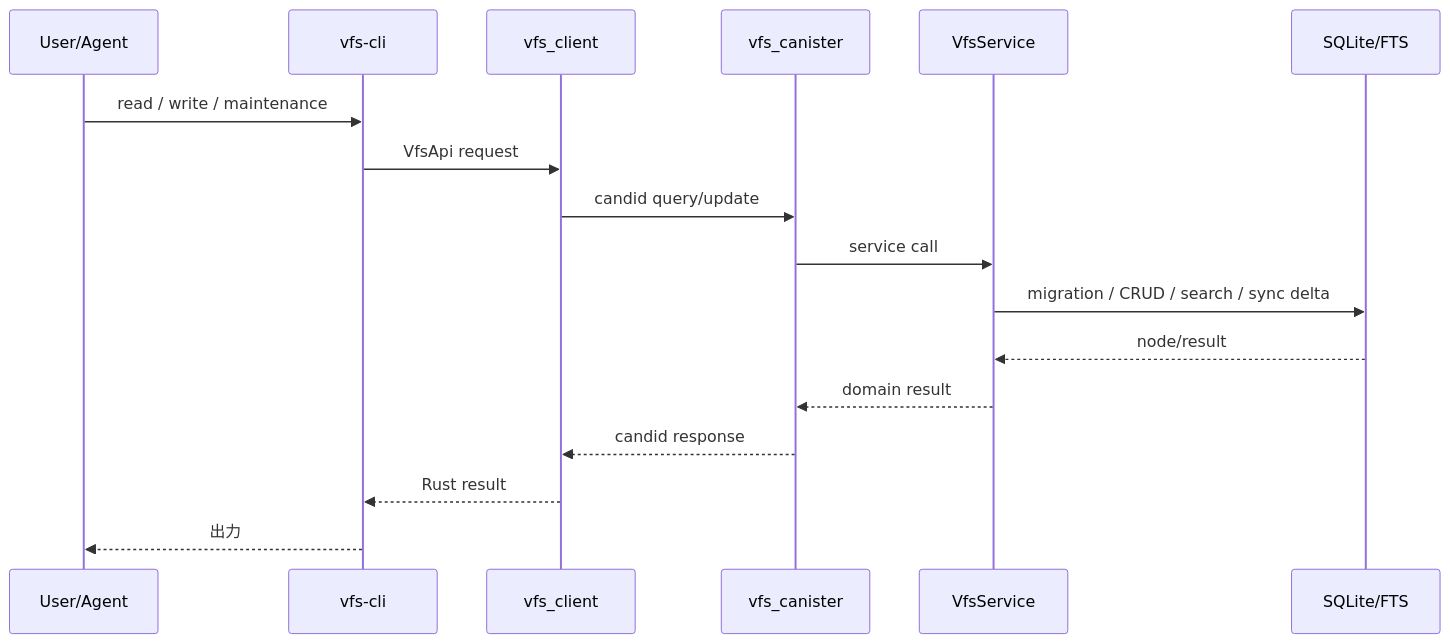
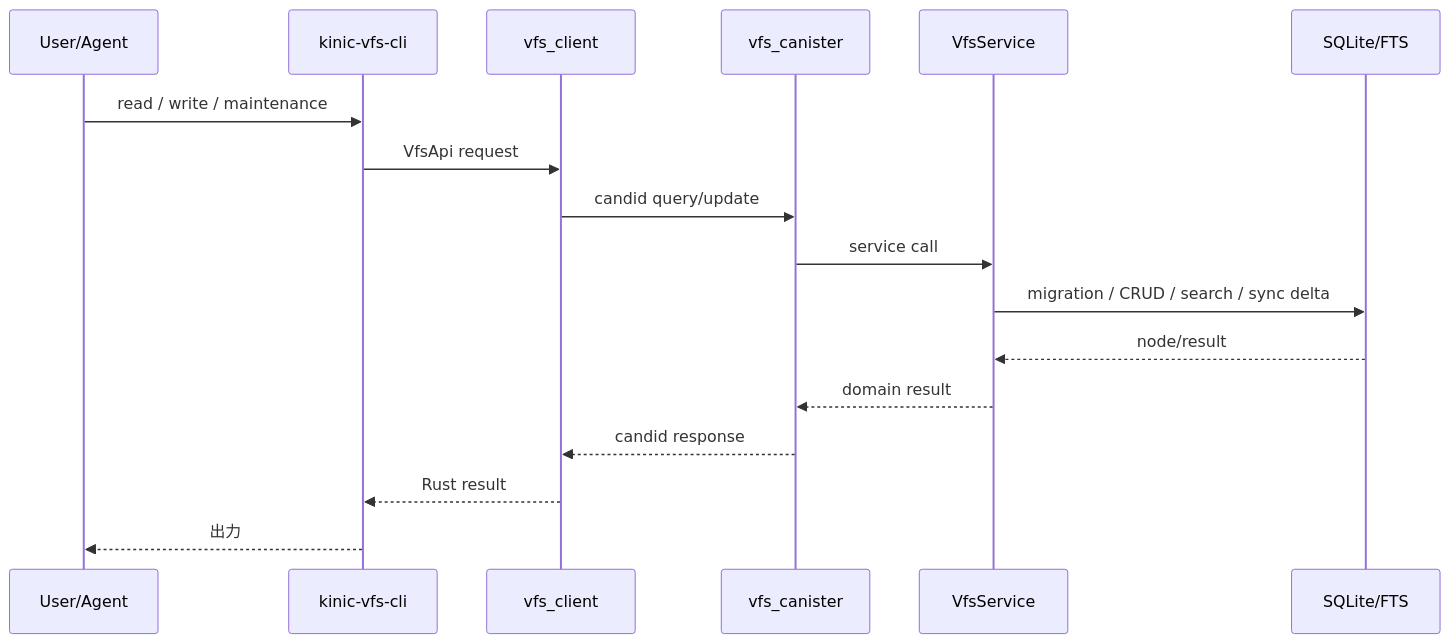
Before and after one commit to humandebri/kinic-wiki: the second of 2 diagrams in docs/internal/LLM_WIKI_STRUCTURE.md, drawn with Mermaid. The commit also changed other lines of this file and 104 other files, not shown here.

Commit message:
Adopt kinic-vfs-cli naming and update docs

````diff
--- a/docs/internal/LLM_WIKI_STRUCTURE.md
+++ b/docs/internal/LLM_WIKI_STRUCTURE.md
@@ -144,20 +144,20 @@
 ```mermaid
 sequenceDiagram
     participant U as User/Agent
-    participant CLI as vfs-cli
+    participant CLI as kinic-vfs-cli
     participant C as vfs_client
     participant CAN as vfs_canister
     participant SVC as VfsService
     participant DB as SQLite/FTS
 
     U->>CLI: read / write / maintenance
     CLI->>C: VfsApi request
     C->>CAN: candid query/update
     CAN->>SVC: service call
     SVC->>DB: migration / CRUD / search / sync delta
     DB-->>SVC: node/result
     SVC-->>CAN: domain result
     CAN-->>C: candid response
     C-->>CLI: Rust result
     CLI-->>U: 出力
 ```
````
